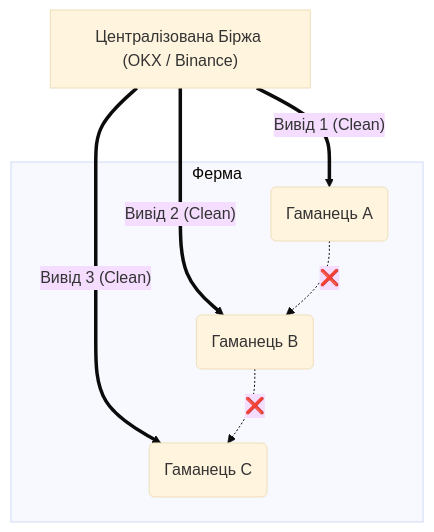
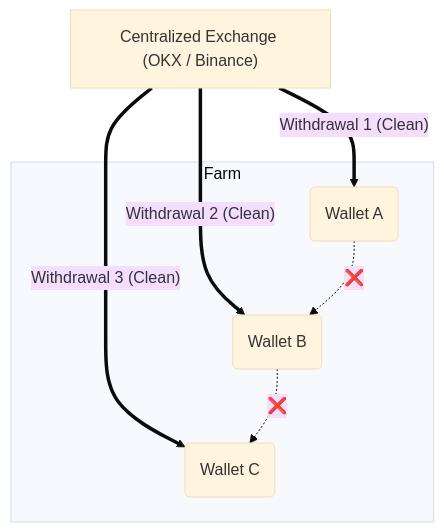
Before and after one commit to dan1l-git/multi-accounting-architecture: the second of 2 diagrams in README.md, drawn with Mermaid (base theme). The commit also changed other lines of this file, not shown here.

````diff
--- a/README.md
+++ b/README.md
@@ -130,19 +132,19 @@
 ```mermaid
 graph TD
-    CEX["Централізована Біржа (OKX / Binance)"]
+    CEX["Centralized Exchange (OKX / Binance)"]
     
-    subgraph Farm ["Ферма"]
-        WalletA("Гаманець A")
-        WalletB("Гаманець B")
-        WalletC("Гаманець C")
+    subgraph Farm ["Farm"]
+        WalletA("Wallet A")
+        WalletB("Wallet B")
+        WalletC("Wallet C")
     end
 
-    %% Правильний шлях
-    CEX == "Вивід 1 (Clean)" ==> WalletA
-    CEX == "Вивід 2 (Clean)" ==> WalletB
-    CEX == "Вивід 3 (Clean)" ==> WalletC
+    %% Correct Path
+    CEX == "Withdrawal 1 (Clean)" ==> WalletA
+    CEX == "Withdrawal 2 (Clean)" ==> WalletB
+    CEX == "Withdrawal 3 (Clean)" ==> WalletC
 
-    %% Неправильний шлях (позначено пунктиром)
+    %% Incorrect Path (Sybil Link)
     WalletA -.->|❌| WalletB
     WalletB -.->|❌| WalletC
 ```
````
